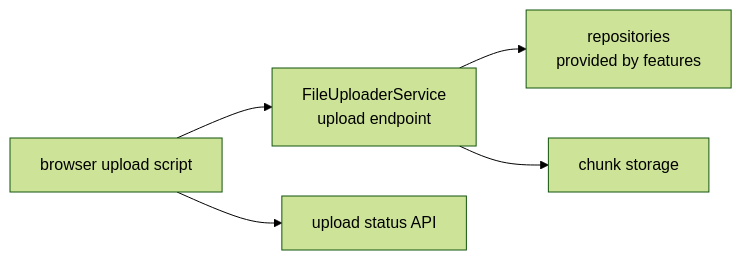
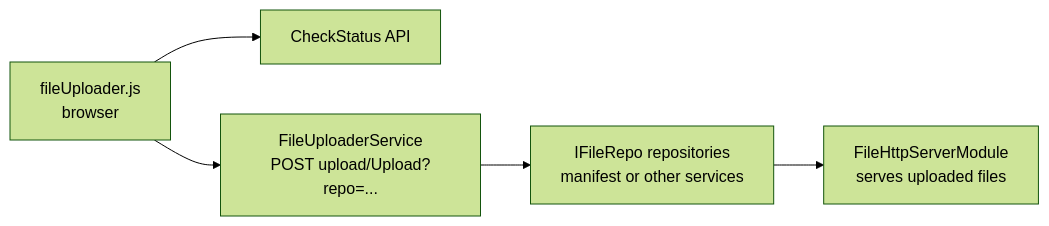
One commit to dosh1974/SysWeaver changed the diagram in SysWeaver.MicroService.FileUploader/README.md. Above: the diagram before and after it, drawn with Mermaid (forest theme). The commit also changed other lines of this file and 532 other files, not shown here.

````diff
--- a/SysWeaver.MicroService.FileUploader/README.md
+++ b/SysWeaver.MicroService.FileUploader/README.md
@@ -18,7 +18,7 @@
 ```mermaid
 flowchart LR
-  B["browser upload script"] --> FU["FileUploaderService<br/>upload endpoint"]
-  FU --> Repos["repositories<br/>provided by features"]
-  FU --> Cdc["chunk storage"]
-  B --> Status["upload status API"]
+  B["fileUploader.js<br/>browser"] --> Status["CheckStatus API"]
+  B --> FU["FileUploaderService<br/>POST upload/Upload?repo=..."]
+  FU --> Repos["IFileRepo repositories<br/>manifest or other services"]
+  Repos --> Files["FileHttpServerModule<br/>serves uploaded files"]
 ```
````
